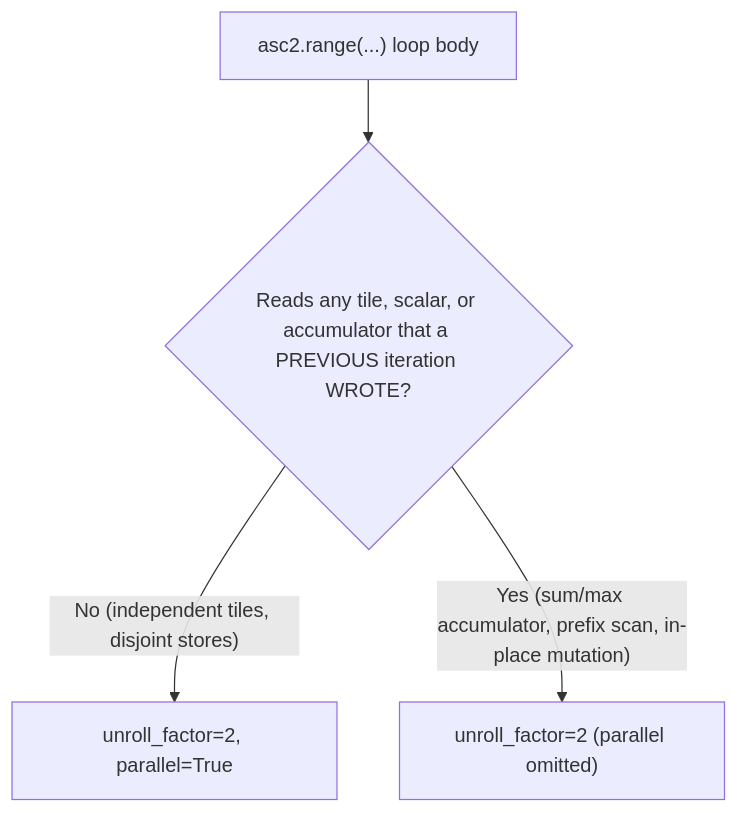
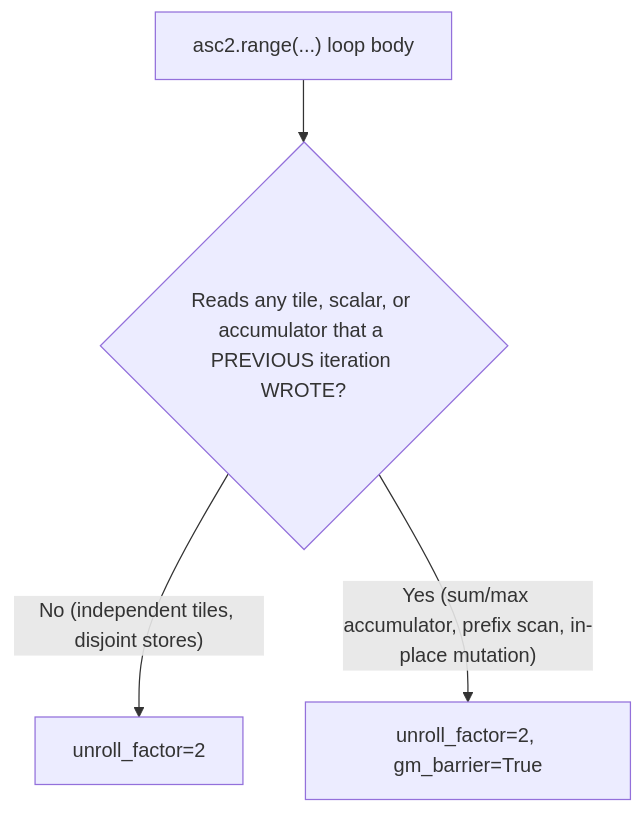
The diagram in skills/pyasc-api-patterns/SKILL.md (aloschilov/pyasc-skill-stack), drawn with Mermaid before and after one commit. The commit also changed other lines of this file and 22 other files, not shown here.

````diff
--- a/skills/pyasc-api-patterns/SKILL.md
+++ b/skills/pyasc-api-patterns/SKILL.md
@@ -189,6 +190,6 @@
 ```mermaid
 flowchart TD
     Start["asc2.range(...) loop body"] --> Carried{"Reads any tile, scalar, or accumulator that a PREVIOUS iteration WROTE?"}
-    Carried -- "No (independent tiles, disjoint stores)" --> Par["unroll_factor=2, parallel=True"]
-    Carried -- "Yes (sum/max accumulator, prefix scan, in-place mutation)" --> NoPar["unroll_factor=2 (parallel omitted)"]
+    Carried -- "No (independent tiles, disjoint stores)" --> Par["unroll_factor=2"]
+    Carried -- "Yes (sum/max accumulator, prefix scan, in-place mutation)" --> NoPar["unroll_factor=2, gm_barrier=True"]
 ```
````
